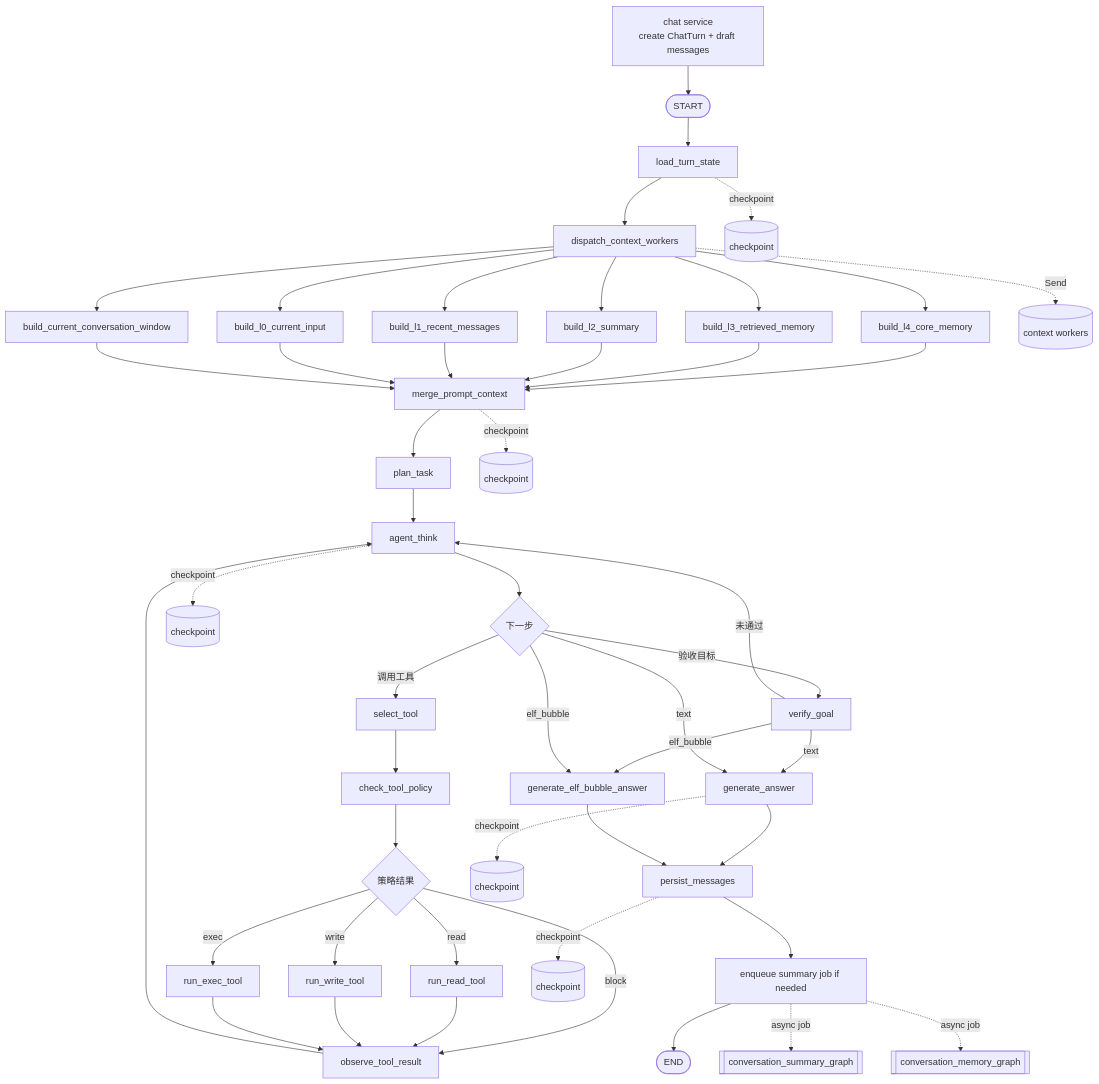
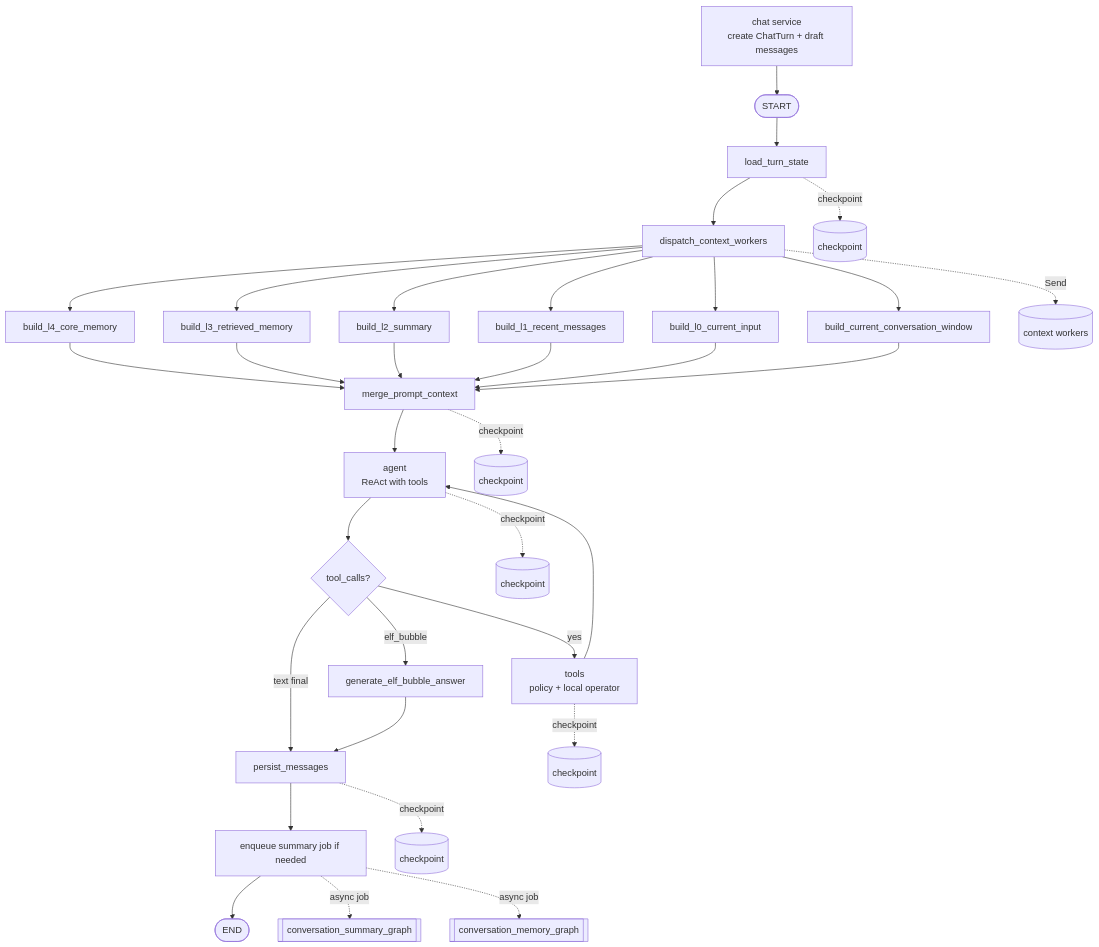
The first of 5 diagrams in docs/agent/memory-chat-graph.md (LiuJiaxuan1024/AiMemo), drawn with Mermaid before and after one commit. The commit also changed other lines of this file and 77 other files, not shown here.

````diff
--- a/docs/agent/memory-chat-graph.md
+++ b/docs/agent/memory-chat-graph.md
@@ -11,51 +23,36 @@
 ```mermaid
 flowchart TD
     Precreate[chat service<br/>create ChatTurn + draft messages] --> Start([START])
     Start([START]) --> Load[load_turn_state]
     Load --> Dispatch[dispatch_context_workers]
     Dispatch --> L4[build_l4_core_memory]
     Dispatch --> L3[build_l3_retrieved_memory]
     Dispatch --> L2[build_l2_summary]
     Dispatch --> L1[build_l1_recent_messages]
     Dispatch --> L0[build_l0_current_input]
     Dispatch --> Window[build_current_conversation_window]
     L4 --> Merge[merge_prompt_context]
     L3 --> Merge
     L2 --> Merge
     L1 --> Merge
     L0 --> Merge
     Window --> Merge
-    Merge --> PlanTask[plan_task]
-    PlanTask --> AgentThink[agent_think]
-    AgentThink --> Route{下一步}
-    Route -->|调用工具| SelectTool[select_tool]
-    SelectTool --> Policy[check_tool_policy]
-    Policy --> PolicyRoute{策略结果}
-    PolicyRoute -->|read| RunRead[run_read_tool]
-    PolicyRoute -->|write| RunWrite[run_write_tool]
-    PolicyRoute -->|exec| RunExec[run_exec_tool]
-    PolicyRoute -->|block| Observe[observe_tool_result]
-    RunRead --> Observe
-    RunWrite --> Observe
-    RunExec --> Observe
-    Observe --> AgentThink
-    Route -->|验收目标| Verify[verify_goal]
-    Verify -->|未通过| AgentThink
-    Verify -->|text| Generate
-    Verify -->|elf_bubble| BubbleGenerate
-    Route -->|text| Generate[generate_answer]
+    Merge --> Agent[agent<br/>ReAct with tools]
+    Agent --> Route{tool_calls?}
+    Route -->|yes| Tools[tools<br/>policy + local operator]
+    Tools --> Agent
+    Route -->|text final| Persist[persist_messages]
     Route -->|elf_bubble| BubbleGenerate[generate_elf_bubble_answer]
-    Generate --> Persist[persist_messages]
     BubbleGenerate --> Persist
     Persist --> MaybeSummary[enqueue summary job if needed]
     MaybeSummary --> End([END])
     MaybeSummary -. async job .-> SummaryGraph[[conversation_summary_graph]]
     MaybeSummary -. async job .-> MemoryGraph[[conversation_memory_graph]]
 
     Load -. checkpoint .-> CP1[(checkpoint)]
     Dispatch -. Send .-> Workers[(context workers)]
     Merge -. checkpoint .-> CP2[(checkpoint)]
-    AgentThink -. checkpoint .-> CP3[(checkpoint)]
-    Generate -. checkpoint .-> CP4[(checkpoint)]
+    Agent -. checkpoint .-> CP3[(checkpoint)]
+    Tools -. checkpoint .-> CP4[(checkpoint)]
     Persist -. checkpoint .-> CP5[(checkpoint)]
 ```
````
